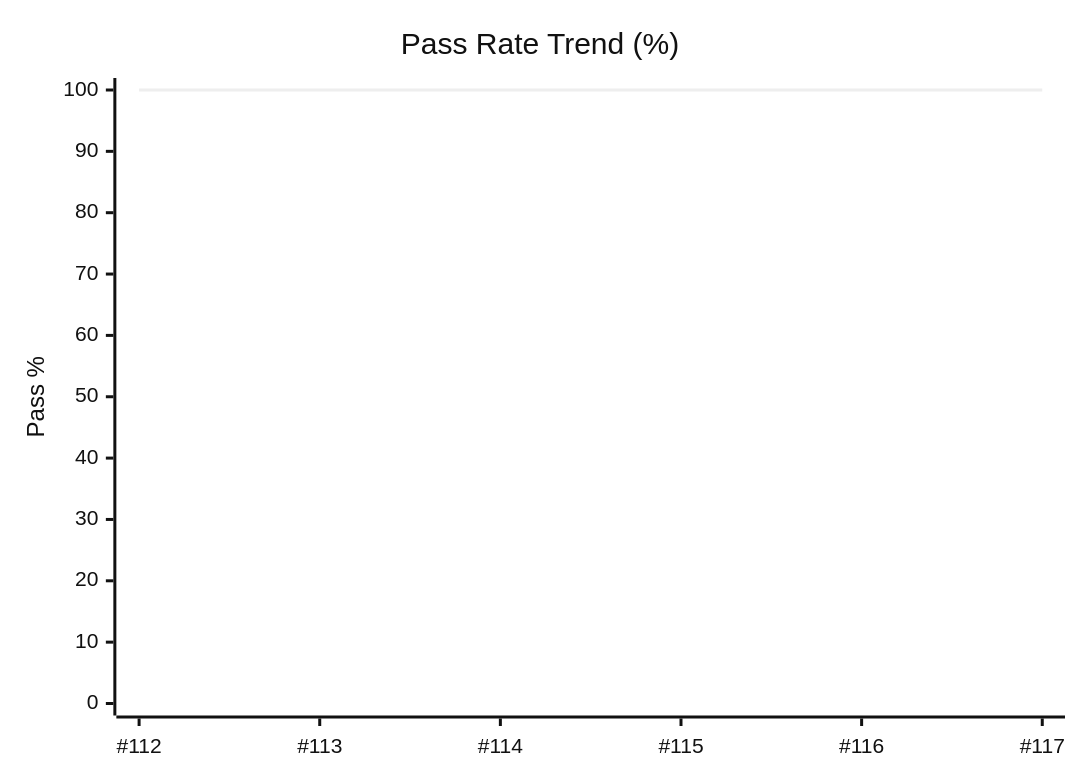
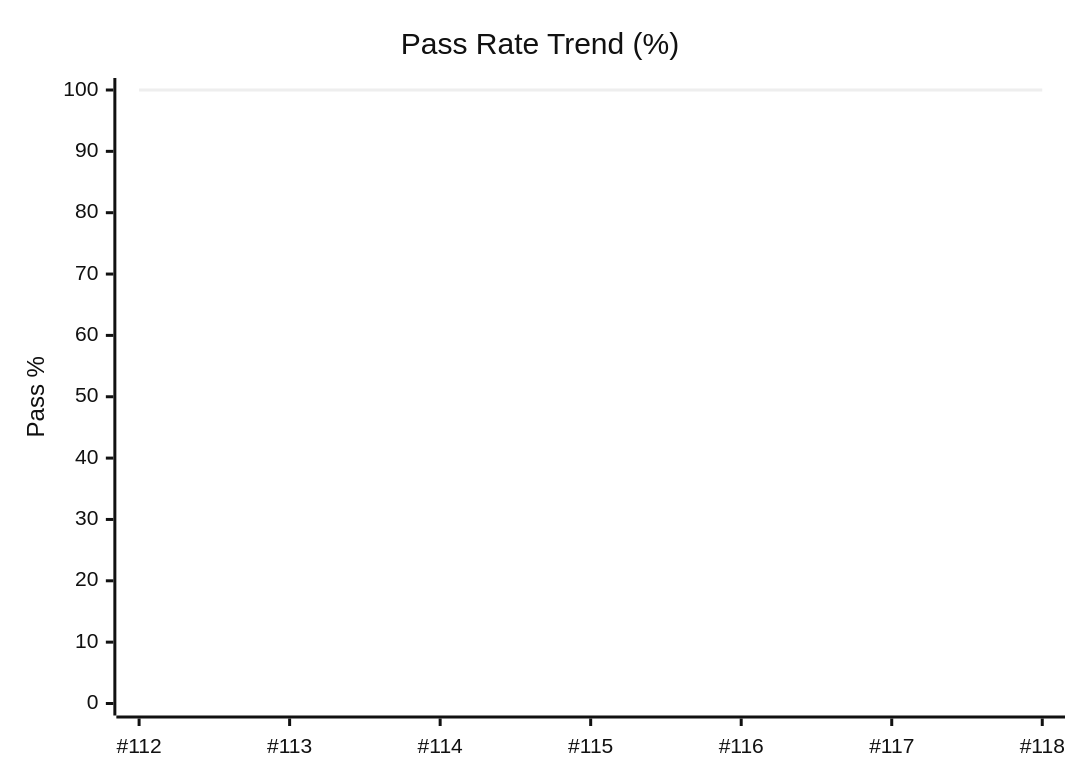
Before and after one commit to karimarie67/QA-boost: the diagram in dashboards/qa-metrics.md, drawn with Mermaid (neutral theme). The commit also changed other lines of this file and 2 other files, not shown here.

````diff
--- a/dashboards/qa-metrics.md
+++ b/dashboards/qa-metrics.md
@@ -24,7 +37,7 @@
 ```mermaid
 xychart-beta
     title "Pass Rate Trend (%)"
-    x-axis [#112, #113, #114, #115, #116, #117]
+    x-axis [#112, #113, #114, #115, #116, #117, #118]
     y-axis "Pass %" 0 --> 100
-    line [100.0, 100.0, 100.0, 100.0, 100.0, 100.0]
+    line [100.0, 100.0, 100.0, 100.0, 100.0, 100.0, 100.0]
 ```
````
